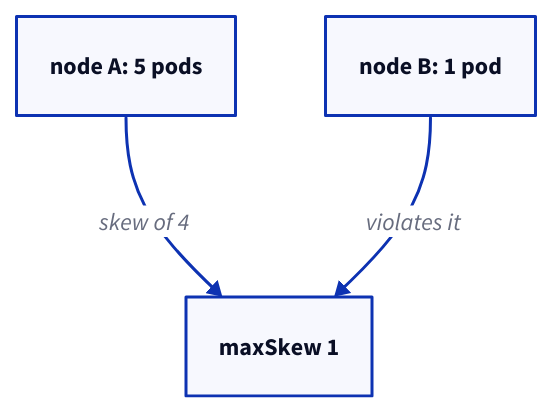
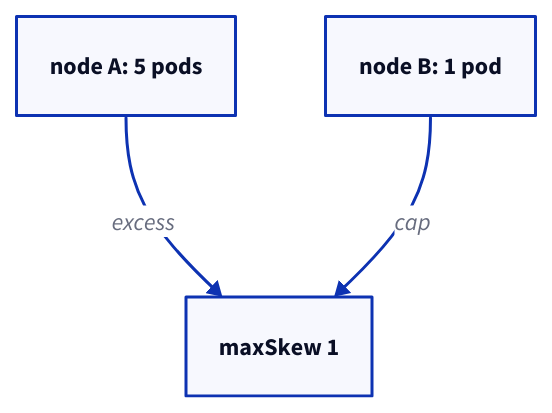
The diagram in courses/kubelings/module-05/03.topology-spread/diagrams/skew.d2 (madhank93/kubelings), drawn with D2 before and after one commit. The commit also changed 136 other files, not shown here.

Commit message:
docs(course): diagrams for M7 and M8 lessons

```diff
--- a/courses/kubelings/module-05/03.topology-spread/diagrams/skew.d2
+++ b/courses/kubelings/module-05/03.topology-spread/diagrams/skew.d2
@@ -1,8 +1,8 @@
 # Spread constraints are a limit on imbalance: maxSkew caps how far the busiest
 # domain may run ahead of the emptiest one.
 busy: "node A: 5 pods"
 thin: "node B: 1 pod"
 rule: "maxSkew 1"
 
-busy -> rule: "skew of 4"
-thin -> rule: "violates it"
+busy -> rule: "excess"
+thin -> rule: "cap"
```
